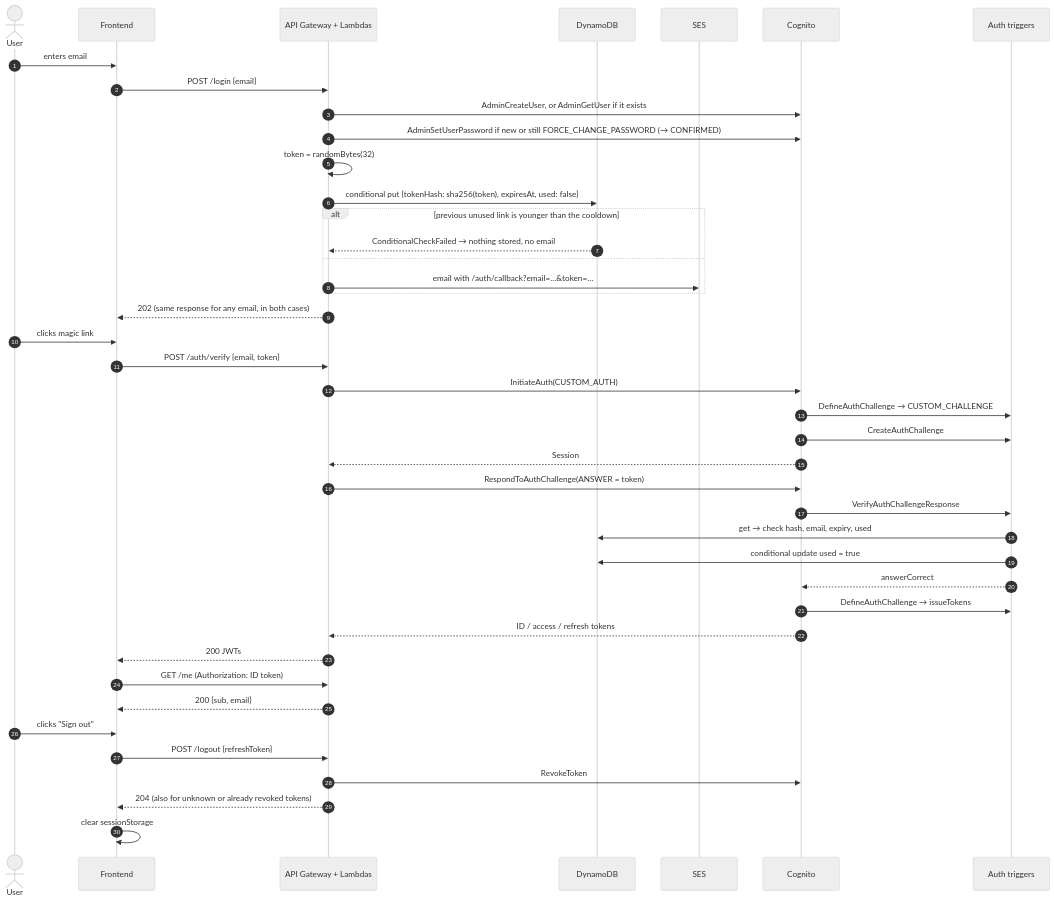
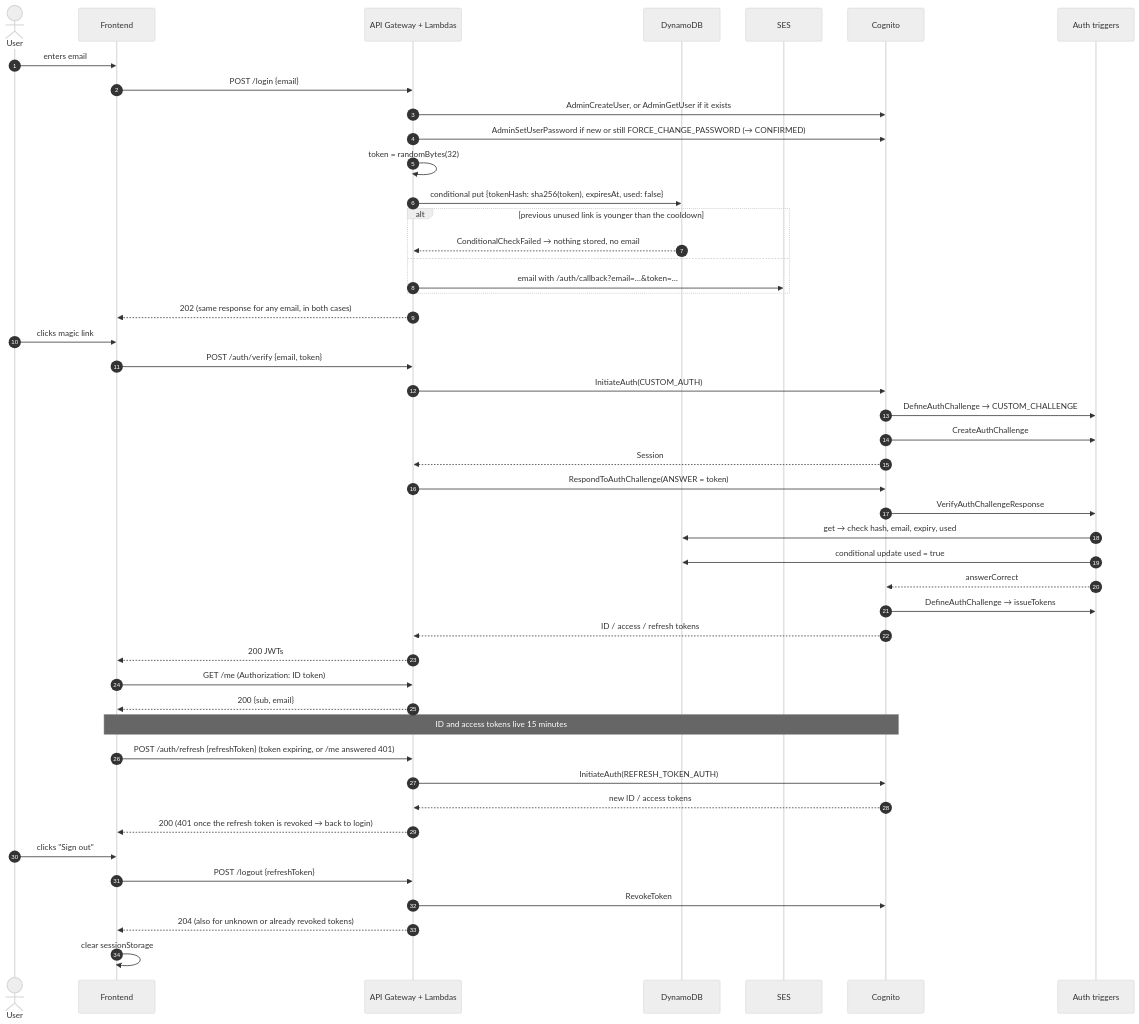
The diagram in docs/mmd/magic-link-sequence.mmd (luizcurti/magic-links-with-amazon-cognito), drawn with Mermaid (neutral theme) before and after one commit. The commit also changed 36 other files, not shown here.

```diff
--- a/docs/mmd/magic-link-sequence.mmd
+++ b/docs/mmd/magic-link-sequence.mmd
@@ -1,45 +1,51 @@
 sequenceDiagram
     autonumber
     actor U as User
     participant FE as Frontend
     participant API as API Gateway + Lambdas
     participant DB as DynamoDB
     participant SES as SES
     participant C as Cognito
     participant T as Auth triggers
 
     U->>FE: enters email
     FE->>API: POST /login {email}
     API->>C: AdminCreateUser, or AdminGetUser if it exists
     API->>C: AdminSetUserPassword if new or still FORCE_CHANGE_PASSWORD (→ CONFIRMED)
     API->>API: token = randomBytes(32)
     API->>DB: conditional put {tokenHash: sha256(token), expiresAt, used: false}
     alt previous unused link is younger than the cooldown
         DB-->>API: ConditionalCheckFailed → nothing stored, no email
     else
         API->>SES: email with /auth/callback?email=…&token=…
     end
     API-->>FE: 202 (same response for any email, in both cases)
 
     U->>FE: clicks magic link
     FE->>API: POST /auth/verify {email, token}
     API->>C: InitiateAuth(CUSTOM_AUTH)
     C->>T: DefineAuthChallenge → CUSTOM_CHALLENGE
     C->>T: CreateAuthChallenge
     C-->>API: Session
     API->>C: RespondToAuthChallenge(ANSWER = token)
     C->>T: VerifyAuthChallengeResponse
     T->>DB: get → check hash, email, expiry, used
     T->>DB: conditional update used = true
     T-->>C: answerCorrect
     C->>T: DefineAuthChallenge → issueTokens
     C-->>API: ID / access / refresh tokens
     API-->>FE: 200 JWTs
     FE->>API: GET /me (Authorization: ID token)
     API-->>FE: 200 {sub, email}
 
+    Note over FE,C: ID and access tokens live 15 minutes
+    FE->>API: POST /auth/refresh {refreshToken} (token expiring, or /me answered 401)
+    API->>C: InitiateAuth(REFRESH_TOKEN_AUTH)
+    C-->>API: new ID / access tokens
+    API-->>FE: 200 (401 once the refresh token is revoked → back to login)
+
     U->>FE: clicks "Sign out"
     FE->>API: POST /logout {refreshToken}
     API->>C: RevokeToken
     API-->>FE: 204 (also for unknown or already revoked tokens)
     FE->>FE: clear sessionStorage
```
